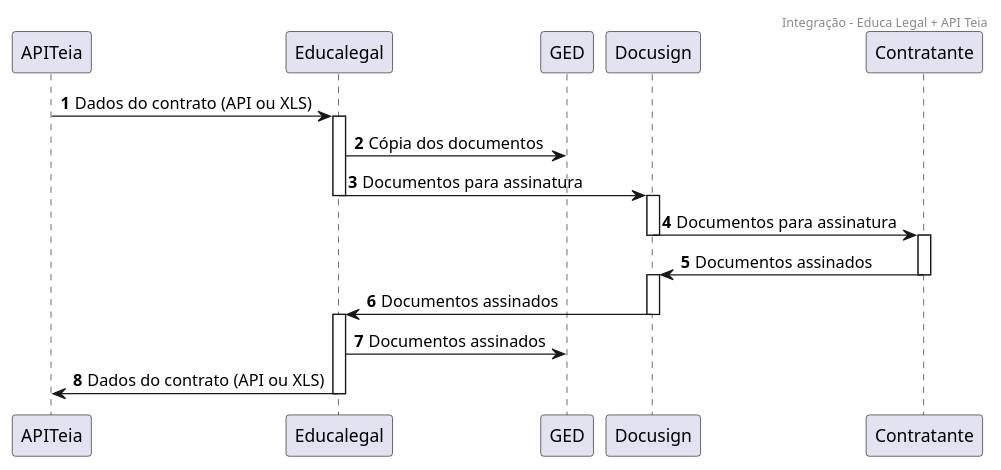
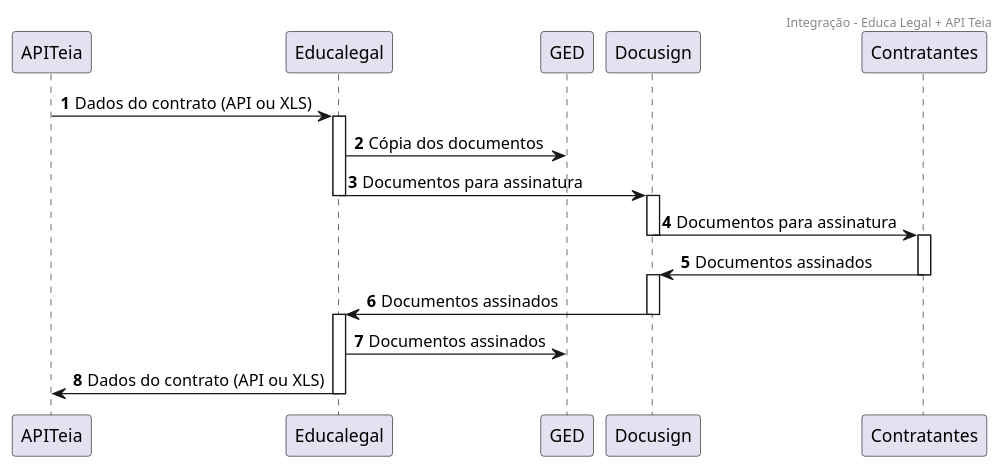
Before and after one commit to rvnovaes/educalegal: the diagram in fluxos/matriculator.pu, drawn with PlantUML. The commit also changed 1 other file, not shown here.

Commit message:
Alterado diagrama de sequencia do matriculator.pu

```diff
--- a/fluxos/matriculator.pu
+++ b/fluxos/matriculator.pu
@@ -1,22 +1,22 @@
 @startuml
 header Integração - Educa Legal + API Teia
 autonumber
 APITeia -> Educalegal: Dados do contrato (API ou XLS)
 activate Educalegal
 Educalegal -> GED: Cópia dos documentos
 Educalegal -> Docusign: Documentos para assinatura
 deactivate Educalegal
 activate Docusign
-Docusign -> Contratante: Documentos para assinatura
+Docusign -> Contratantes: Documentos para assinatura
 deactivate Docusign
-activate Contratante
-Contratante -> Docusign: Documentos assinados
-deactivate Contratante
+activate Contratantes
+Contratantes -> Docusign: Documentos assinados
+deactivate Contratantes
 activate Docusign
 Docusign -> Educalegal: Documentos assinados
 deactivate Docusign
 activate Educalegal
 Educalegal -> GED: Documentos assinados
 Educalegal -> APITeia: Dados do contrato (API ou XLS)
 deactivate Educalegal
 @enduml
```
